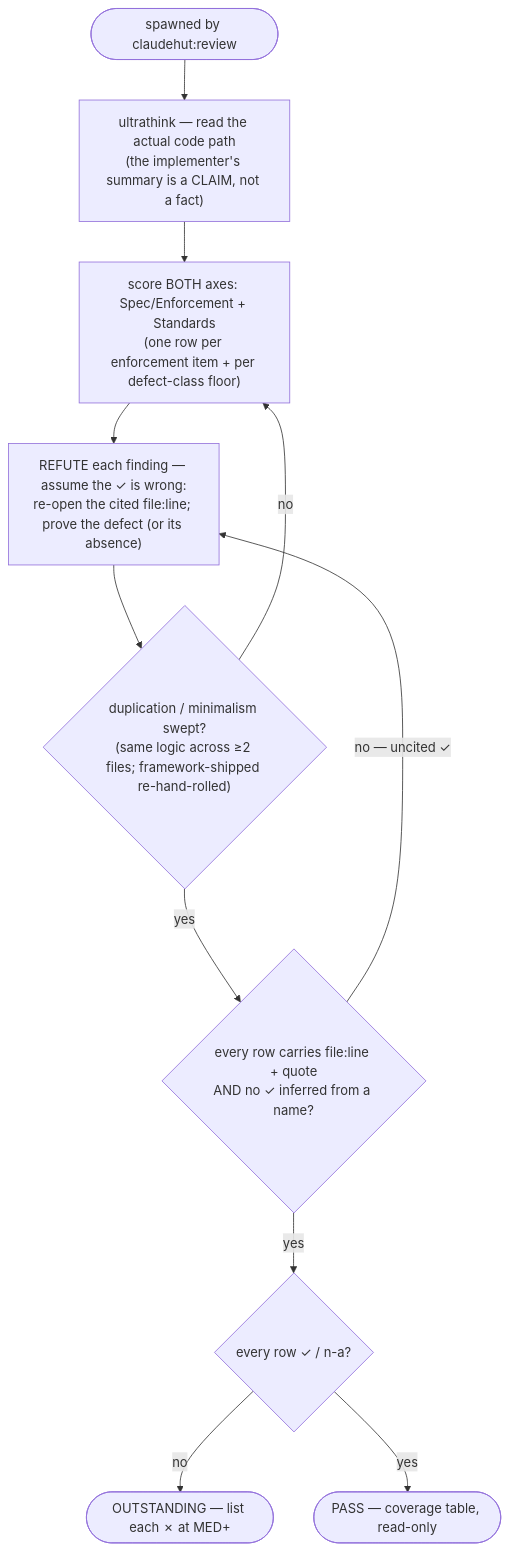
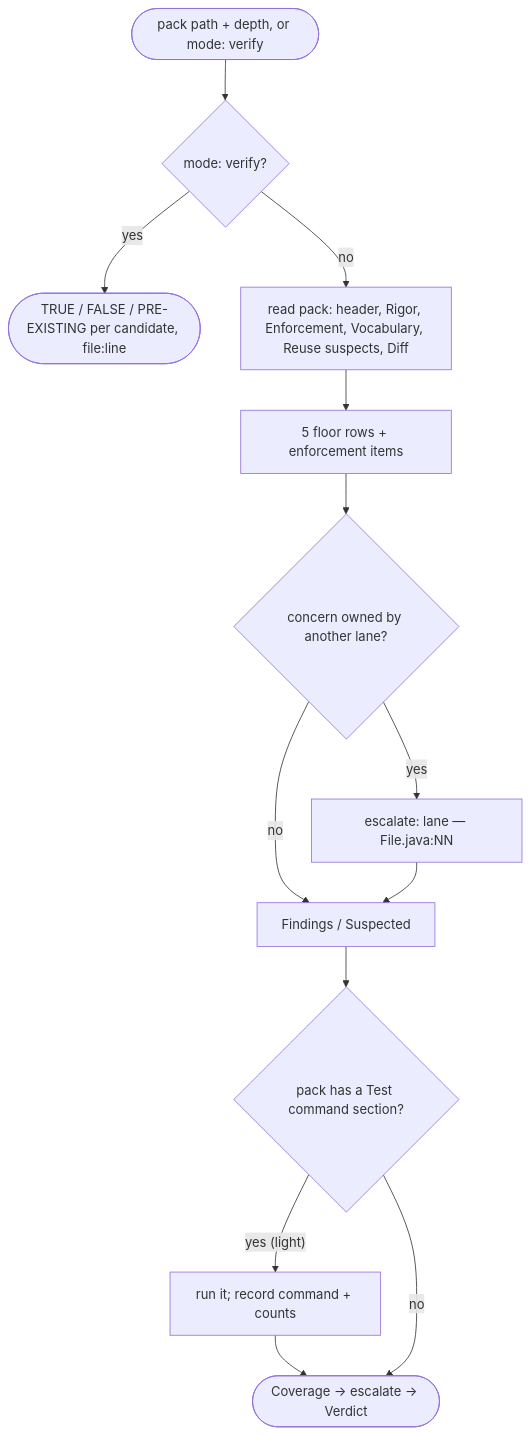
The diagram in agents/claudehut-reviewer.md (taipt1504/claudehut), drawn with Mermaid before and after one commit. The commit also changed other lines of this file and 297 other files, not shown here.

First line of the commit message:
feat(review): select review lanes from the diff and trim the roster to 5 (M4)

````diff
--- a/agents/claudehut-reviewer.md
+++ b/agents/claudehut-reviewer.md
@@ -21,13 +27,14 @@
 ```mermaid
 flowchart TB
-    start([spawned by claudehut:review]) --> read["ultrathink — read the actual code path<br/>(the implementer's summary is a CLAIM, not a fact)"]
-    read --> score["score BOTH axes: Spec/Enforcement + Standards<br/>(one row per enforcement item + per defect-class floor)"]
-    score --> crit["REFUTE each finding — assume the ✓ is wrong:<br/>re-open the cited file:line; prove the defect (or its absence)"]
-    crit --> dup{"duplication / minimalism swept?<br/>(same logic across ≥2 files; framework-shipped re-hand-rolled)"}
-    dup -- "no" --> score
-    dup -- "yes" --> ev{"every row carries file:line + quote<br/>AND no ✓ inferred from a name?"}
-    ev -- "no — uncited ✓" --> crit
-    ev -- "yes" --> verdict{"every row ✓ / n-a?"}
-    verdict -- "no" --> out(["OUTSTANDING — list each ✗ at MED+"])
-    verdict -- "yes" --> pass(["PASS — coverage table, read-only"])
+    start([pack path + depth, or mode: verify]) --> mode{"mode: verify?"}
+    mode -- "yes" --> ver(["TRUE / FALSE / PRE-EXISTING per candidate, file:line"])
+    mode -- "no" --> read["read pack: header, Rigor, Enforcement, Vocabulary, Reuse suspects, Diff"]
+    read --> floor["5 floor rows + enforcement items"]
+    floor --> lane{"concern owned by another lane?"}
+    lane -- "yes" --> esc["escalate: lane — File.java:NN"]
+    lane -- "no" --> fnd["Findings / Suspected"]
+    esc --> fnd
+    fnd --> t{"pack has a Test command section?"}
+    t -- "yes (light)" --> run["run it; record command + counts"] --> v
+    t -- "no" --> v(["Coverage → escalate → Verdict"])
 ```
````
